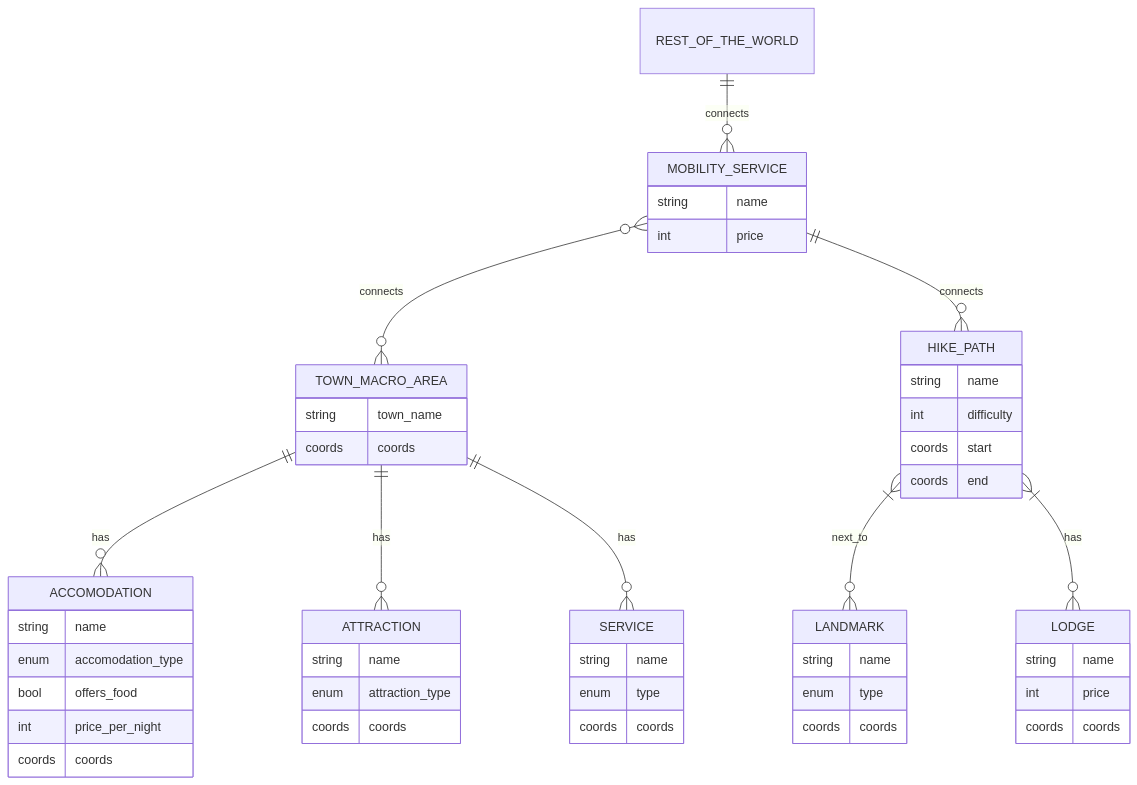
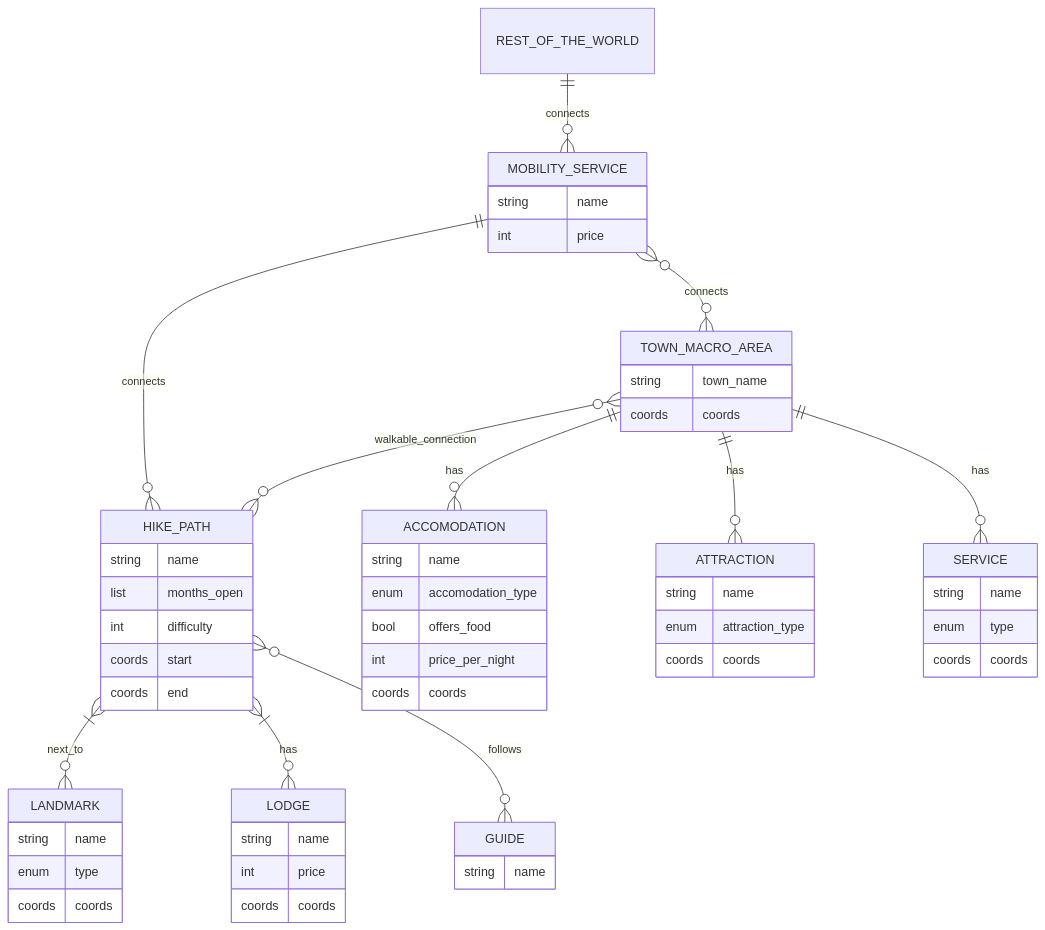
Before and after one commit to Ezpeon/KG_2026_SGMK: the diagram in notes/purpose_notes.md, drawn with Mermaid. The commit also changed other lines of this file, not shown here.

Commit message:
chore: add guide entity and fill focus in table

````diff
--- a/notes/purpose_notes.md
+++ b/notes/purpose_notes.md
@@ -93,54 +94,60 @@
 ```mermaid
 erDiagram
     HIKE_PATH  }|--o{ LANDMARK : next_to
     HIKE_PATH  }|--o{ LODGE : has
     TOWN_MACRO_AREA  ||--o{ ACCOMODATION : has
+    TOWN_MACRO_AREA  }o--o{ HIKE_PATH : walkable_connection
     MOBILITY_SERVICE  }o--o{ TOWN_MACRO_AREA : connects
     MOBILITY_SERVICE  ||--o{ HIKE_PATH : connects
     REST_OF_THE_WORLD  ||--o{ MOBILITY_SERVICE : connects
     TOWN_MACRO_AREA  ||--o{ ATTRACTION : has
     TOWN_MACRO_AREA  ||--o{ SERVICE : has
+    HIKE_PATH  }o--o{ GUIDE : follows
 
     HIKE_PATH {
         string name
+        list months_open
         int difficulty
         coords start
         coords end
     }
     LANDMARK {
         string name
         enum type
         coords coords
     }
     LODGE {
         string name
         int price
         coords coords
     }
     TOWN_MACRO_AREA{
         string town_name
         coords coords
     }
     ATTRACTION{
         string name
         enum attraction_type
         coords coords
     }
     ACCOMODATION{
         string name
         enum accomodation_type
         bool offers_food
         int price_per_night
         coords coords
     }
     MOBILITY_SERVICE{
         string name
         int price
     }
     SERVICE{
         string name
         enum type
         coords coords
     }
+    GUIDE{
+        string name
+    }
     REST_OF_THE_WORLD{}
 ```
````
